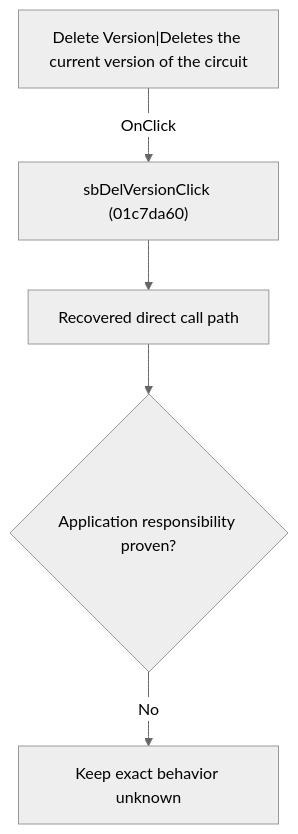
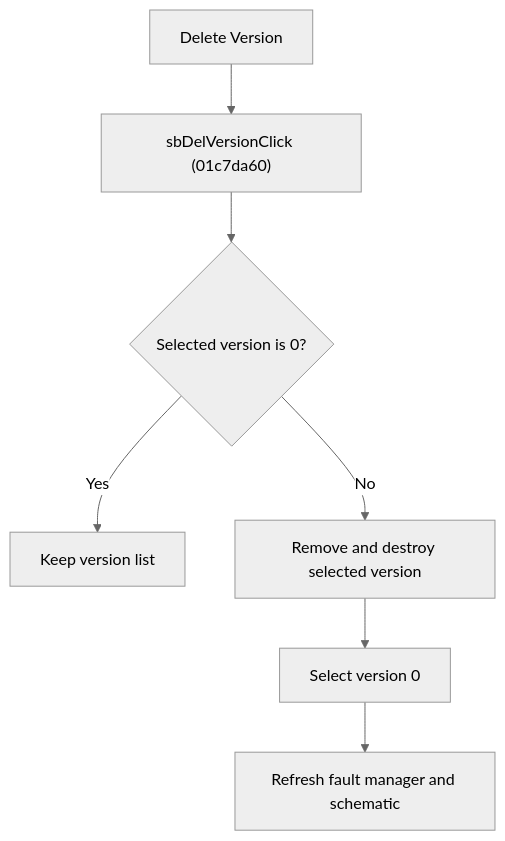
Before and after one commit to MovGP0/TIARA: the diagram in docs/ui-controls/schematiceditor/sbdelversion-b8e9a87f14.md, drawn with Mermaid (neutral theme). The commit also changed other lines of this file and 241 other files, not shown here.

````diff
--- a/docs/ui-controls/schematiceditor/sbdelversion-b8e9a87f14.md
+++ b/docs/ui-controls/schematiceditor/sbdelversion-b8e9a87f14.md
@@ -27,7 +20,9 @@
 ```mermaid
 flowchart TD
-    control["Delete Version|Deletes the current version of the circuit"] -->|"OnClick"| handler["sbDelVersionClick (01c7da60)"]
-    handler --> recovered["Recovered direct call path"]
-    recovered --> gap{"Application responsibility proven?"}
-    gap -->|"No"| blocked["Keep exact behavior unknown"]
+    control["Delete Version"] --> handler["sbDelVersionClick (01c7da60)"]
+    handler --> protected{"Selected version is 0?"}
+    protected -->|"Yes"| noop["Keep version list"]
+    protected -->|"No"| remove["Remove and destroy selected version"]
+    remove --> base["Select version 0"]
+    base --> refresh["Refresh fault manager and schematic"]
 ```
````
